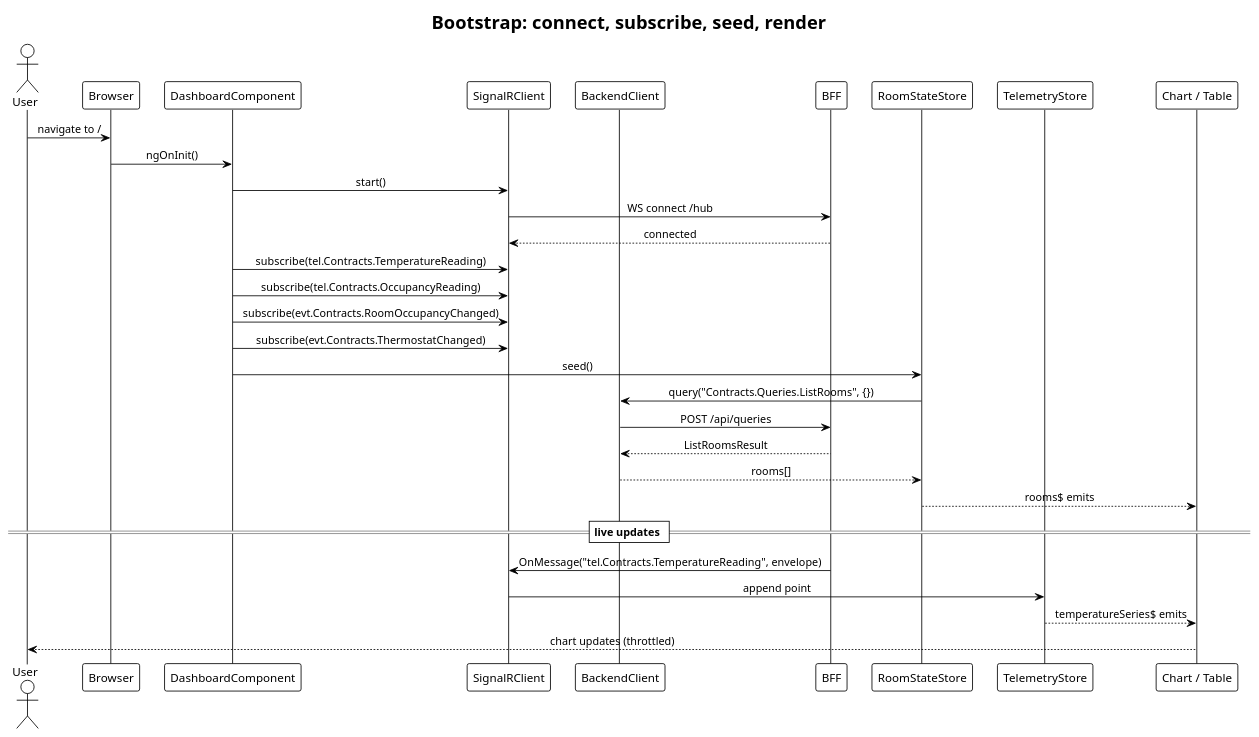
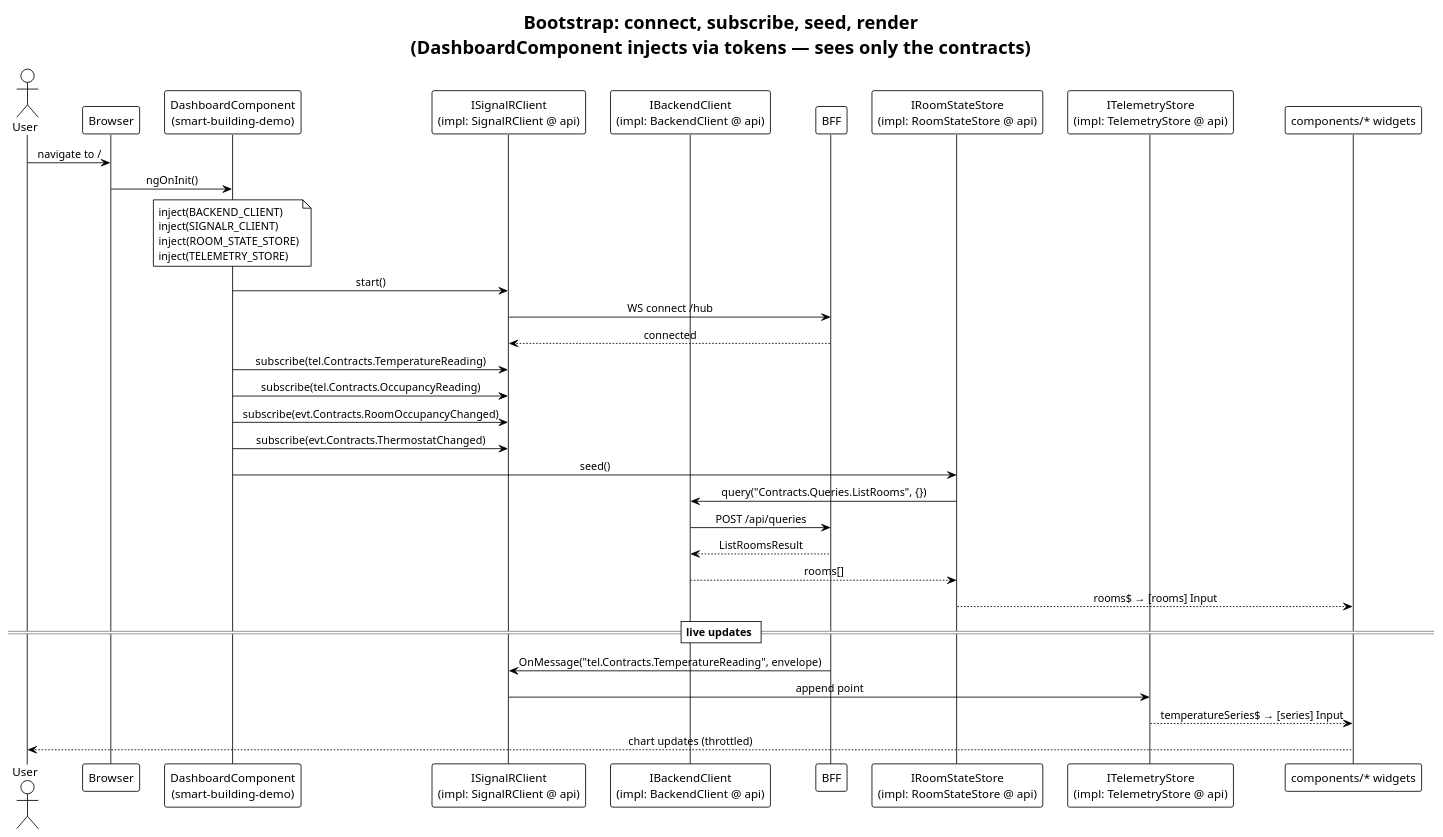
Before and after one commit to QuinntyneBrown/redis-pubsub-dotnet-reference: the diagram in docs/detailed-designs/05-frontend-dashboard/diagrams/sequence_bootstrap.puml, drawn with PlantUML. The commit also changed 26 other files, not shown here.

```diff
--- a/docs/detailed-designs/05-frontend-dashboard/diagrams/sequence_bootstrap.puml
+++ b/docs/detailed-designs/05-frontend-dashboard/diagrams/sequence_bootstrap.puml
@@ -1,43 +1,50 @@
 @startuml sequence_bootstrap
 !theme plain
 skinparam sequenceMessageAlign center
 
-title Bootstrap: connect, subscribe, seed, render
+title Bootstrap: connect, subscribe, seed, render\n(DashboardComponent injects via tokens — sees only the contracts)
 
 actor User
 participant "Browser" as Br
-participant "DashboardComponent" as Dash
-participant "SignalRClient" as SR
-participant "BackendClient" as BC
+participant "DashboardComponent\n(smart-building-demo)" as Dash
+participant "ISignalRClient\n(impl: SignalRClient @ api)" as SR
+participant "IBackendClient\n(impl: BackendClient @ api)" as BC
 participant "BFF" as BFF
-participant "RoomStateStore" as RS
-participant "TelemetryStore" as TS
-participant "Chart / Table" as UI
+participant "IRoomStateStore\n(impl: RoomStateStore @ api)" as RS
+participant "ITelemetryStore\n(impl: TelemetryStore @ api)" as TS
+participant "components/* widgets" as UI
 
 User -> Br: navigate to /
 Br -> Dash: ngOnInit()
+
+note over Dash
+  inject(BACKEND_CLIENT)
+  inject(SIGNALR_CLIENT)
+  inject(ROOM_STATE_STORE)
+  inject(TELEMETRY_STORE)
+end note
 
 Dash -> SR: start()
 SR -> BFF: WS connect /hub
 BFF --> SR: connected
 
 Dash -> SR: subscribe(tel.Contracts.TemperatureReading)
 Dash -> SR: subscribe(tel.Contracts.OccupancyReading)
 Dash -> SR: subscribe(evt.Contracts.RoomOccupancyChanged)
 Dash -> SR: subscribe(evt.Contracts.ThermostatChanged)
 
 Dash -> RS: seed()
 RS -> BC: query("Contracts.Queries.ListRooms", {})
 BC -> BFF: POST /api/queries
 BFF --> BC: ListRoomsResult
 BC --> RS: rooms[]
-RS --> UI: rooms$ emits
+RS --> UI: rooms$ → [rooms] Input
 
 == live updates ==
 
 BFF -> SR: OnMessage("tel.Contracts.TemperatureReading", envelope)
 SR -> TS: append point
-TS --> UI: temperatureSeries$ emits
+TS --> UI: temperatureSeries$ → [series] Input
 UI --> User: chart updates (throttled)
 
 @enduml
```
